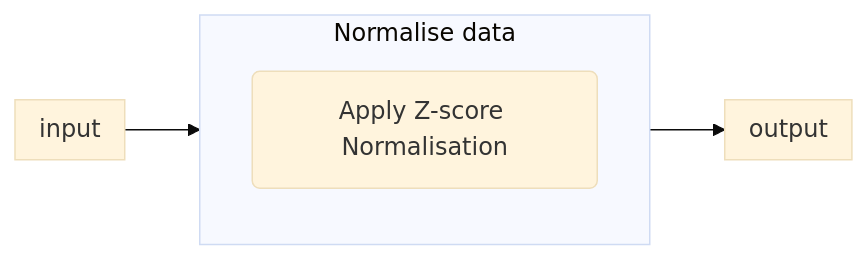
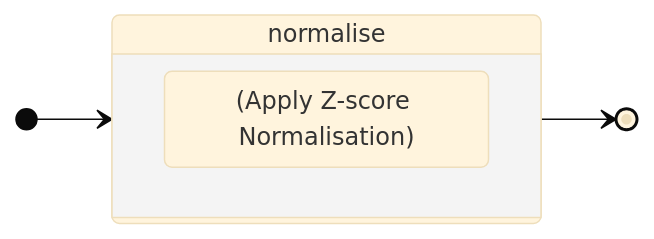
One commit to farinaleo/linear_regression changed the third of 4 diagrams in README.md. Above: the diagram before and after it, drawn with Mermaid (base theme). The commit also changed other lines of this file, not shown here.

````diff
--- a/README.md
+++ b/README.md
@@ -60,15 +57,11 @@
 ```mermaid
-flowchart LR
-    subgraph input
-    end
+stateDiagram
+    direction LR
     
-    subgraph normalise["Normalise data"]
+    state normalise{
         direction TB
-            N_step1(Apply Z-score Normalisation)
-    end
-    
-    subgraph output
-    end
-    
-    input --> normalise --> output
+            N_step1:(Apply Z-score Normalisation)
+    }
+    [*] --> normalise
+    normalise --> [*]
 ```
````
